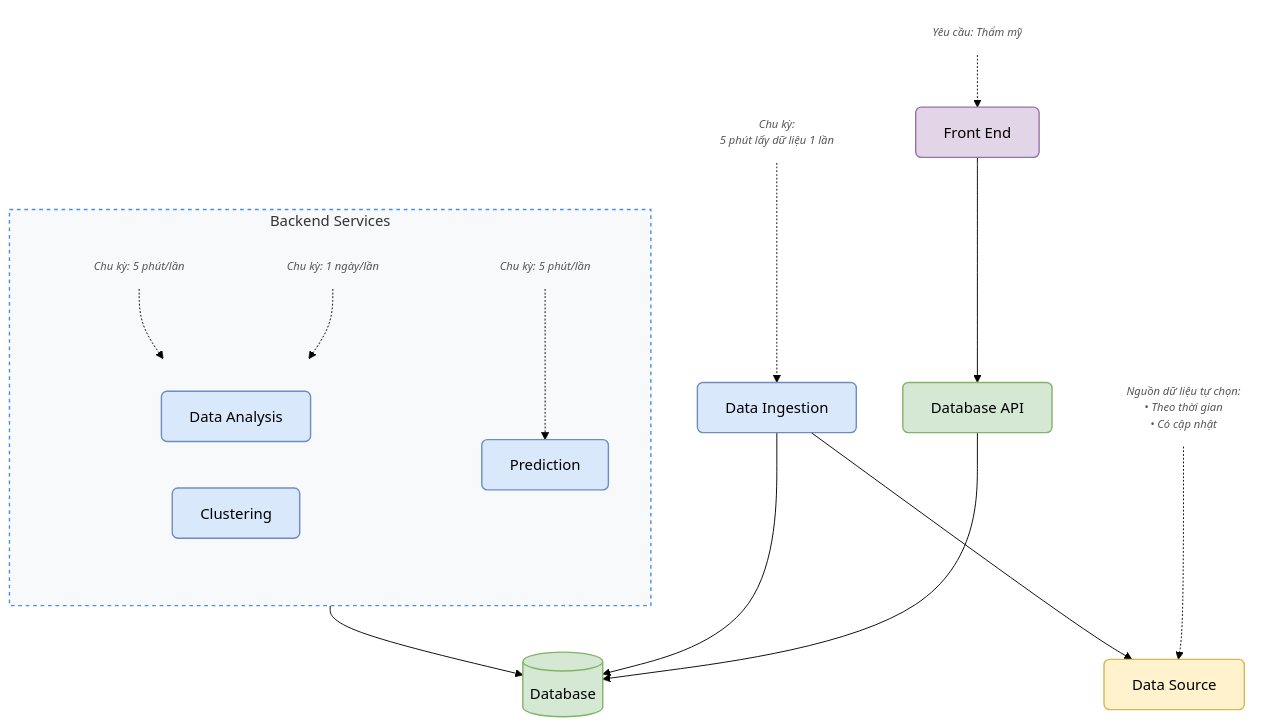
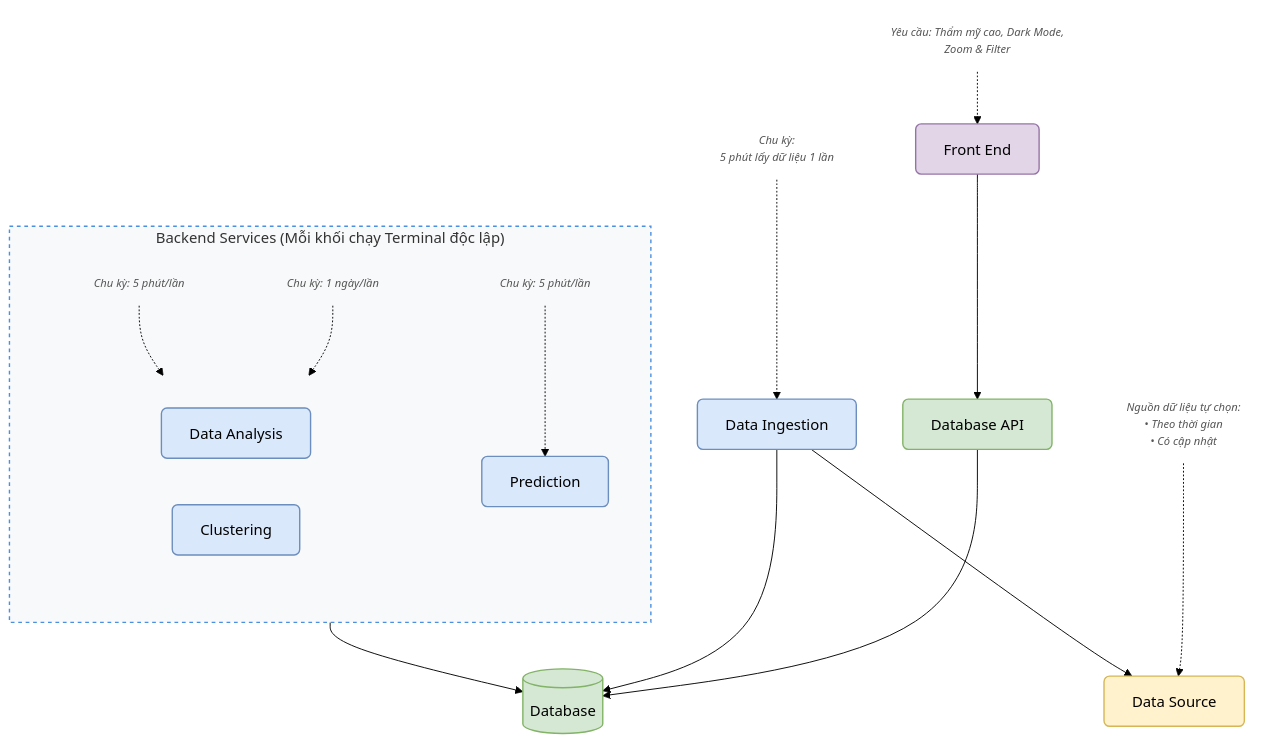
One commit to ThienleDuc/GDMAS changed the first of 2 diagrams in docs/yeucaubatbuoc.md. Above: the diagram before and after it, drawn with Mermaid (forest theme). The commit also changed other lines of this file and 24 other files, not shown here.

````diff
--- a/docs/yeucaubatbuoc.md
+++ b/docs/yeucaubatbuoc.md
@@ -12,41 +13,41 @@
 ```mermaid
 flowchart TD
     %% Styling Classes
     classDef yellow fill:#FFF2CC,stroke:#D6B656,stroke-width:1.5px,rx:6px,ry:6px;
     classDef purple fill:#E1D5E7,stroke:#9673A6,stroke-width:1.5px,rx:6px,ry:6px;
     classDef green fill:#D5E8D4,stroke:#82B366,stroke-width:1.5px,rx:6px,ry:6px;
     classDef blue fill:#DAE8FC,stroke:#6C8EBF,stroke-width:1.5px,rx:6px,ry:6px;
     classDef note fill:none,stroke:none,font-size:12px,font-style:italic,color:#555;
 
     %% Front-End Layer
-    note_fe["Yêu cầu: Thẩm mỹ"]:::note -.-> FE["Front End"]:::purple
+    note_fe["Yêu cầu: Thẩm mỹ cao, Dark Mode,<br/>Zoom & Filter"]:::note -.-> FE["Front End"]:::purple
     FE --> DB_API["Database API"]:::green
     DB_API --> DB[("Database")]:::green
 
     %% Data Pipeline Layer
     note_ds["Nguồn dữ liệu tự chọn:<br/>• Theo thời gian<br/>• Có cập nhật"]:::note -.-> DS["Data Source"]:::yellow
     note_di["Chu kỳ:<br/>5 phút lấy dữ liệu 1 lần"]:::note -.-> DI["Data Ingestion"]:::blue
 
     DI --> DS
     DI --> DB
 
     %% Backend Services Subgraph
-    subgraph Backend_Services ["Backend Services"]
+    subgraph Backend_Services ["Backend Services (Mỗi khối chạy Terminal độc lập)"]
         direction TB
         subgraph Top_Services [" "]
             direction LR
             DA["Data Analysis"]:::blue
             CL["Clustering"]:::blue
         end
         PR["Prediction"]:::blue
 
         note_da["Chu kỳ: 5 phút/lần"]:::note -.-> DA
         note_cl["Chu kỳ: 1 ngày/lần"]:::note -.-> CL
         note_pr["Chu kỳ: 5 phút/lần"]:::note -.-> PR
     end
 
     Backend_Services --> DB
 
     style Backend_Services fill:#F8F9FA,stroke:#4A90E2,stroke-width:1.5px,stroke-dasharray: 4 4;
     style Top_Services fill:none,stroke:none;
 ```
````
